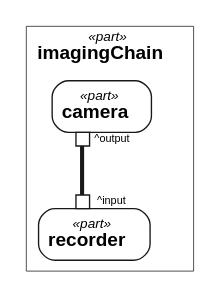
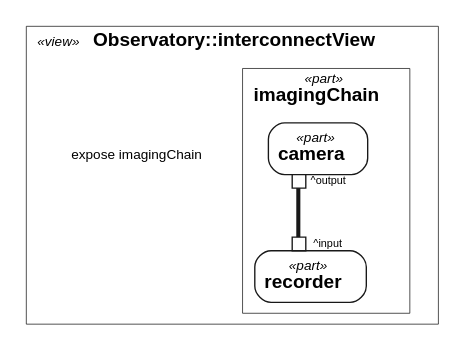
One commit to Open-MBEE/OpenSysML changed the first of 2 diagrams in internal/doc/docrender/testdata/telescope_report.dot.golden.md. Above: the diagram before and after it, drawn with Graphviz. The commit also changed 50 other files, not shown here.

First line of the commit message:
fix(view): carry the view frame through PlantUML, the proto and the committed outputs

````diff
--- a/internal/doc/docrender/testdata/telescope_report.dot.golden.md
+++ b/internal/doc/docrender/testdata/telescope_report.dot.golden.md
@@ -83,20 +83,28 @@
 ```dot
 // view: Observatory::interconnectView
 // kind: interconnection
 // stated: render asInterconnectionDiagram
 // layout: dot
 digraph "Observatory::interconnectView" {
   graph [fontname="Helvetica"];
   node [shape=box, style=filled, fillcolor=white, color="#181818", fontname="Helvetica", fontsize=14, penwidth=0.5];
   edge [color="#181818", fontname="Helvetica", fontsize=13, penwidth=1];
-  subgraph "cluster_n0" {
-    label=<<font point-size="10"><i>«part»</i></font><br/><b>imagingChain</b>>;
-    color=black;
+  subgraph "cluster_frame" {
+    label=<<font point-size="10"><i>«view»</i></font> <b>Observatory::interconnectView</b>>;
+    labeljust=l;
+    labelloc=t;
     penwidth=0.5;
-    "n0" [shape=point, style=invis, width=0, height=0, label=""];
-    "n1" [shape=plain, label=<<table border="0" cellborder="0" cellspacing="0" cellpadding="0"><tr><td colspan="4"><table border="1" cellborder="0" cellspacing="0" cellpadding="6" style="rounded"><tr><td><font point-size="10"><i>«part»</i></font><br/><b>camera</b></td></tr></table></td></tr><tr><td></td><td port="n1.0" border="1" fixedsize="true" width="10" height="10" bgcolor="white"></td><td align="left"><font point-size="8">^output</font></td><td></td></tr></table>>];
-    "n2" [shape=plain, label=<<table border="0" cellborder="0" cellspacing="0" cellpadding="0"><tr><td></td><td port="n2.0" border="1" fixedsize="true" width="10" height="10" bgcolor="white"></td><td align="left"><font point-size="8">^input</font></td><td></td></tr><tr><td colspan="4"><table border="1" cellborder="0" cellspacing="0" cellpadding="6" style="rounded"><tr><td><font point-size="10"><i>«part»</i></font><br/><b>recorder</b></td></tr></table></td></tr></table>>];
+    margin=8;
+    subgraph "cluster_n0" {
+      label=<<font point-size="10"><i>«part»</i></font><br/><b>imagingChain</b>>;
+      color=black;
+      penwidth=0.5;
+      "n0" [shape=point, style=invis, width=0, height=0, label=""];
+      "n1" [shape=plain, label=<<table border="0" cellborder="0" cellspacing="0" cellpadding="0"><tr><td colspan="4"><table border="1" cellborder="0" cellspacing="0" cellpadding="6" style="rounded"><tr><td><font point-size="10"><i>«part»</i></font><br/><b>camera</b></td></tr></table></td></tr><tr><td></td><td port="n1.0" border="1" fixedsize="true" width="10" height="10" bgcolor="white"></td><td align="left"><font point-size="8">^output</font></td><td></td></tr></table>>];
+      "n2" [shape=plain, label=<<table border="0" cellborder="0" cellspacing="0" cellpadding="0"><tr><td></td><td port="n2.0" border="1" fixedsize="true" width="10" height="10" bgcolor="white"></td><td align="left"><font point-size="8">^input</font></td><td></td></tr><tr><td colspan="4"><table border="1" cellborder="0" cellspacing="0" cellpadding="6" style="rounded"><tr><td><font point-size="10"><i>«part»</i></font><br/><b>recorder</b></td></tr></table></td></tr></table>>];
+    }
+    { rank=min; "frame_tr" [shape=none, margin=0, label=<<font point-size="10">expose imagingChain</font>>]; }
   }
   "n1":"n1.0" -> "n2":"n2.0" [arrowhead=none, penwidth=3];
 }
 ```
````
